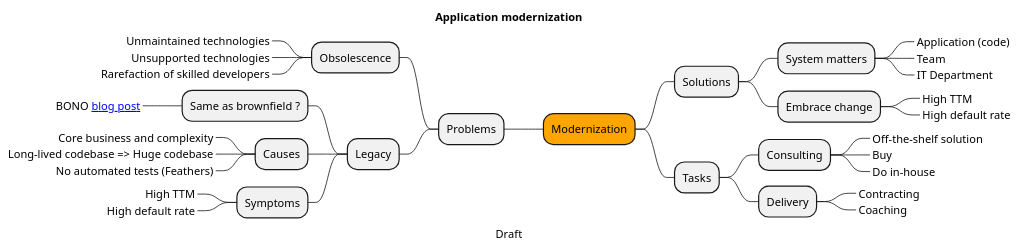
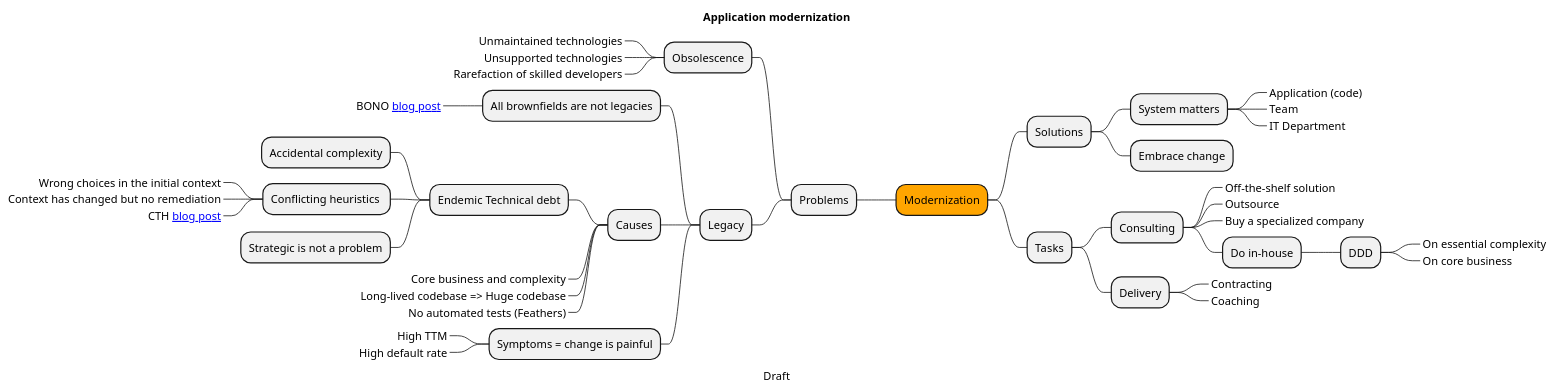
One commit to octo-topi/application-modernization changed the diagram in mindmap.puml. Above: the diagram before and after it, drawn with PlantUML.

Commit message:
Browfield vs Legacy vs Conflicting heuristics...

```diff
--- a/mindmap.puml
+++ b/mindmap.puml
@@ -1,38 +1,47 @@
 @startmindmap
 
 caption Draft
 title Application modernization
 
 +[#Orange] Modernization
 -- Problems
 --- Obsolescence
 ----_ Unmaintained technologies
 ----_ Unsupported technologies
 ----_ Rarefaction of skilled developers
 --- Legacy
----- Same as brownfield ?
+---- All brownfields are not legacies
 -----_ BONO [[https://blog.octo.com/le-brownfield-n'est-pas-du-code-legacy blog post]]
 ---- Causes
+----- Endemic Technical debt
+------ Accidental complexity
+------ Conflicting heuristics 
+-------_ Wrong choices in the initial context
+-------_ Context has changed but no remediation
+-------_ CTH [[https://blog.octo.com/en-finir-avec-la-dette-technique blog post]]
+------ Strategic is not a problem
 -----_ Core business and complexity
 -----_ Long-lived codebase => Huge codebase
 -----_ No automated tests (Feathers)
----- Symptoms
+---- Symptoms = change is painful
 -----_ High TTM
 -----_ High default rate
 ++ Solutions
 +++ System matters
 ++++_ Application (code)
 ++++_ Team
 ++++_ IT Department
 +++ Embrace change
-++++_ High TTM
-++++_ High default rate
 ++ Tasks
 +++ Consulting
 ++++_ Off-the-shelf solution
-++++_ Buy
-++++_ Do in-house
+++++_ Outsource
+++++_ Buy a specialized company
+++++ Do in-house
++++++ DDD
+++++++_ On essential complexity
+++++++_ On core business
 +++ Delivery
 ++++_ Contracting
 ++++_ Coaching
 @endmindmap
```
